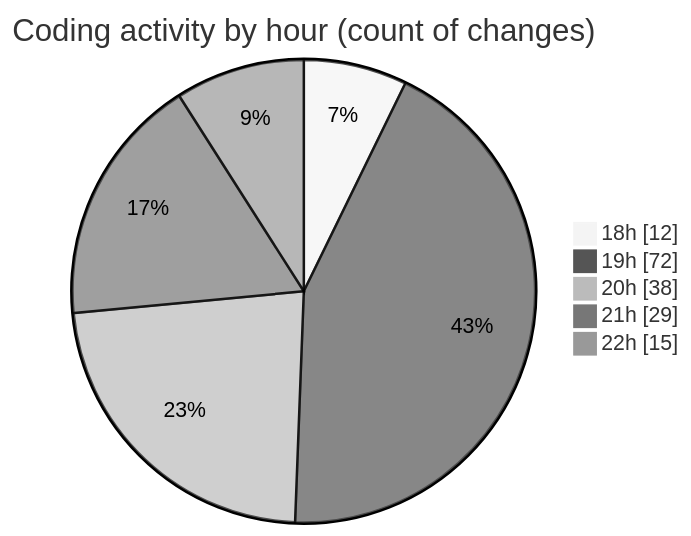
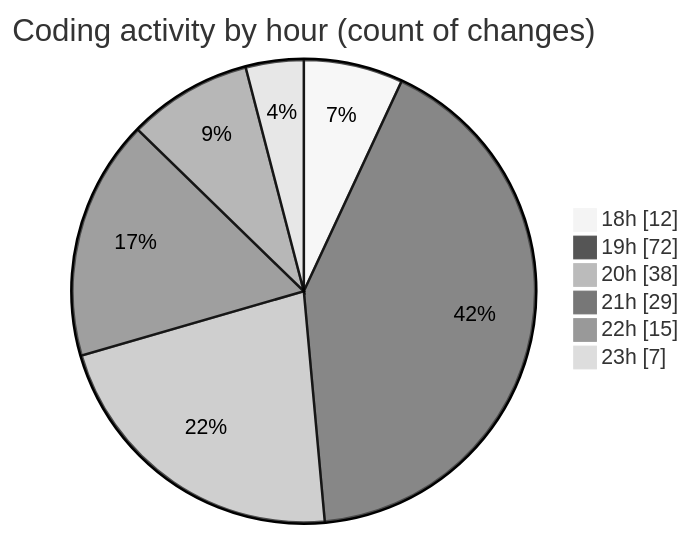
One commit to MatusMokan/code-tracking changed the second of 2 diagrams in 2025-03-14/myws__workspace_/README.md. Above: the diagram before and after it, drawn with Mermaid (neutral theme). The commit also changed other lines of this file and 1 other file, not shown here.

````diff
--- a/2025-03-14/myws__workspace_/README.md
+++ b/2025-03-14/myws__workspace_/README.md
@@ -31,9 +31,10 @@
 ```mermaid
 pie showData
 title Coding activity by hour (count of changes)
 "18h" : 12
 "19h" : 72
 "20h" : 38
 "21h" : 29
 "22h" : 15
+"23h" : 7
 ```
````
